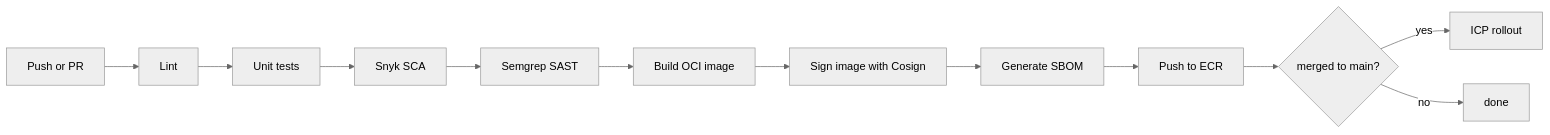
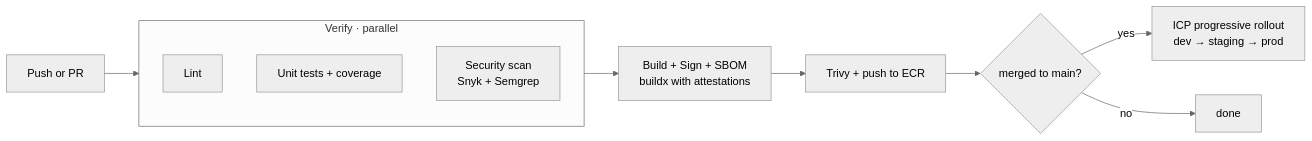
Before and after one commit to trev-org/mintie-test: the diagram in engineering/tooling/cicd-pipelines.mdx, drawn with Mermaid (neutral theme). The commit also changed other lines of this file, not shown here.

````diff
--- a/engineering/tooling/cicd-pipelines.mdx
+++ b/engineering/tooling/cicd-pipelines.mdx
@@ -11,14 +11,15 @@
 ```mermaid
 flowchart LR
-  Push[Push or PR] --> Lint
-  Lint --> Test[Unit tests]
-  Test --> SCA[Snyk SCA]
-  SCA --> SAST[Semgrep SAST]
-  SAST --> Build[Build OCI image]
-  Build --> Sign[Sign image with Cosign]
-  Sign --> SBOM[Generate SBOM]
-  SBOM --> Push2[Push to ECR]
-  Push2 --> CDPath{merged to main?}
-  CDPath -->|yes| ICP[ICP rollout]
-  CDPath -->|no| End[done]
+  Push[Push or PR] --> Verify
+  subgraph Verify [Verify · parallel]
+    direction TB
+    Lint[Lint]
+    Test[Unit tests + coverage]
+    Sec[Security scan<br/>Snyk + Semgrep]
+  end
+  Verify --> Build[Build + Sign + SBOM<br/>buildx with attestations]
+  Build --> Scan[Trivy + push to ECR]
+  Scan --> Gate{merged to main?}
+  Gate -->|yes| Deploy[ICP progressive rollout<br/>dev → staging → prod]
+  Gate -->|no| Done[done]
 ```
````
